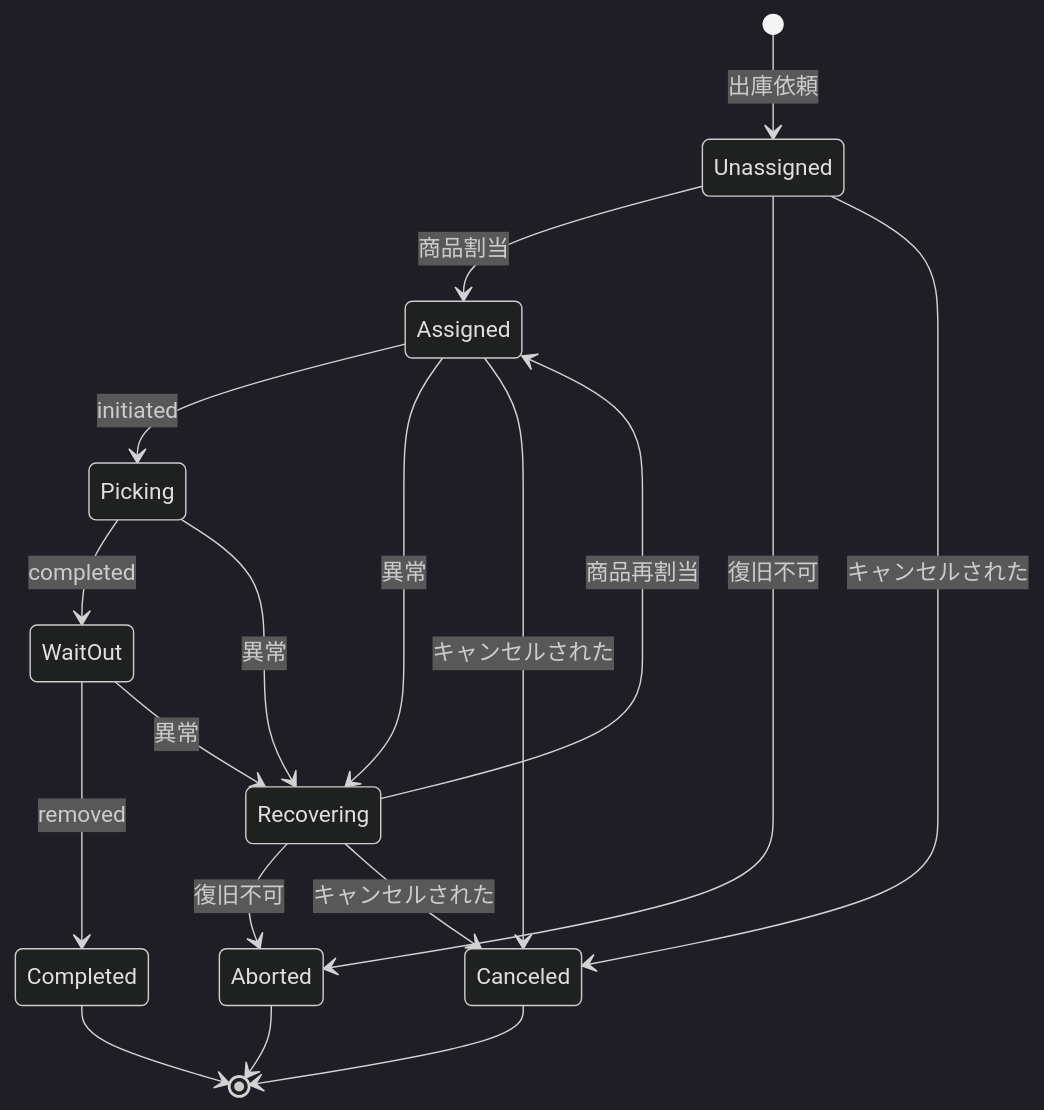
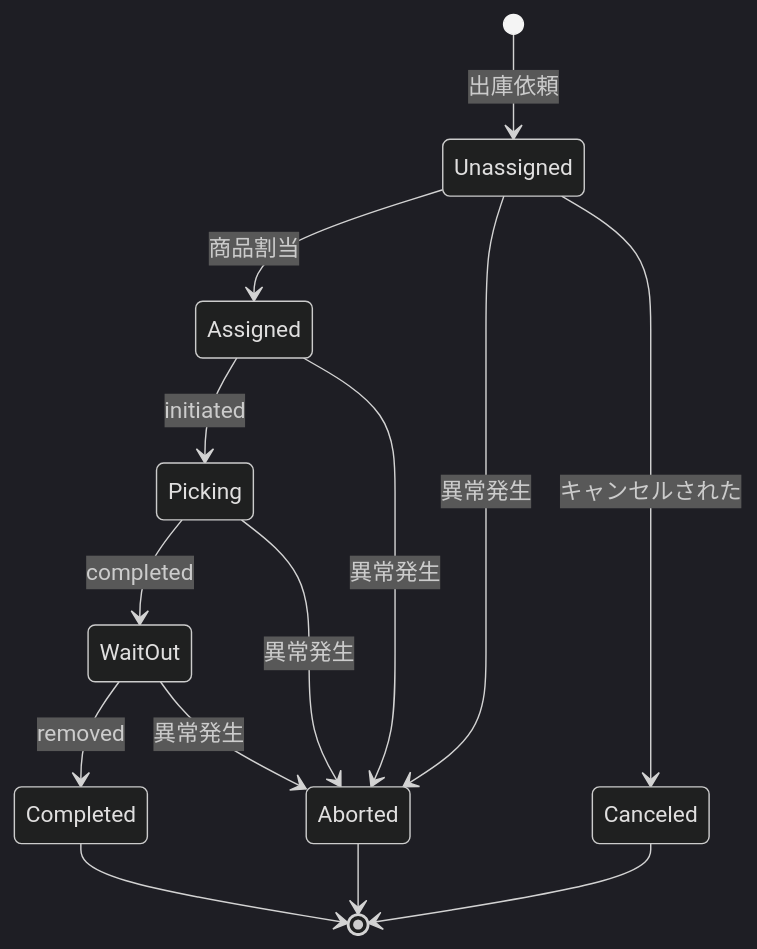
One commit to YE0250OCHI/FinalAssignment_TeamA changed the first of 3 diagrams in docs/server/job_rules.md. Above: the diagram before and after it, drawn with Mermaid (dark theme). The commit also changed other lines of this file, not shown here.

````diff
--- a/docs/server/job_rules.md
+++ b/docs/server/job_rules.md
@@ -163,29 +154,23 @@
 ``` mermaid
 stateDiagram-v2
 
 [*] --> Unassigned : 出庫依頼
 
 Unassigned --> Assigned : 商品割当
+Unassigned --> Aborted : 異常発生
 
 Assigned --> Picking : initiated
-Assigned --> Recovering : 異常
+Assigned --> Aborted : 異常発生
 
 Picking --> WaitOut : completed
-Picking --> Recovering : 異常
+Picking --> Aborted : 異常発生
 
 WaitOut --> Completed : removed
-WaitOut --> Recovering : 異常
-
-Recovering --> Assigned : 商品再割当
-
-Unassigned --> Aborted : 復旧不可
-Recovering --> Aborted : 復旧不可
+WaitOut --> Aborted : 異常発生
 
 Unassigned --> Canceled : キャンセルされた
-Recovering --> Canceled : キャンセルされた
-Assigned --> Canceled : キャンセルされた
 
 Canceled --> [*]
 Completed --> [*]
 Aborted --> [*]
 ```
````
